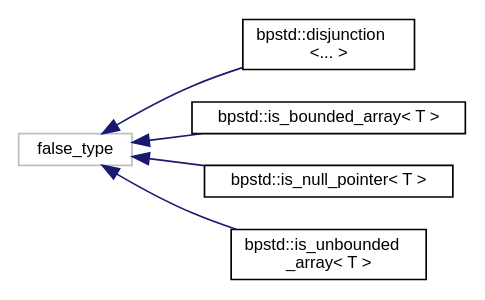
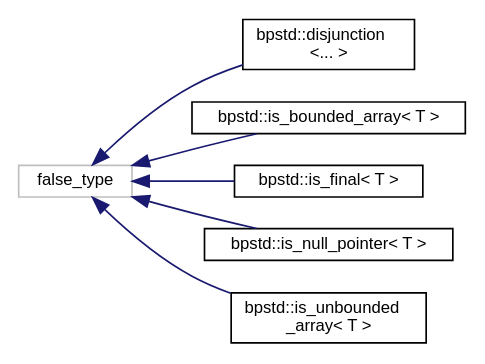
One commit to bitwizeshift/BackportCpp changed the diagram in api/latest/inherit_graph_18.dot. Above: the diagram before and after it, drawn with Graphviz. The commit also changed 78 other files, not shown here.

```diff
--- a/api/latest/inherit_graph_18.dot
+++ b/api/latest/inherit_graph_18.dot
@@ -1,15 +1,17 @@
 digraph "Graphical Class Hierarchy"
 {
   edge [fontname="Helvetica",fontsize="10",labelfontname="Helvetica",labelfontsize="10"];
   node [fontname="Helvetica",fontsize="10",shape=record];
   rankdir="LR";
   Node73 [label="false_type",height=0.2,width=0.4,color="grey75", fillcolor="white", style="filled"];
   Node73 -> Node0 [dir="back",color="midnightblue",fontsize="10",style="solid",fontname="Helvetica"];
   Node0 [label="bpstd::disjunction\l\<... \>",height=0.2,width=0.4,color="black", fillcolor="white", style="filled",URL="$d1/d38/structbpstd_1_1disjunction.html",tooltip="Type trait to determine the bool_constant from a logical OR operations of other bool_constant. "];
   Node73 -> Node75 [dir="back",color="midnightblue",fontsize="10",style="solid",fontname="Helvetica"];
   Node75 [label="bpstd::is_bounded_array\< T \>",height=0.2,width=0.4,color="black", fillcolor="white", style="filled",URL="$d4/d05/structbpstd_1_1is__bounded__array.html"];
   Node73 -> Node76 [dir="back",color="midnightblue",fontsize="10",style="solid",fontname="Helvetica"];
-  Node76 [label="bpstd::is_null_pointer\< T \>",height=0.2,width=0.4,color="black", fillcolor="white", style="filled",URL="$de/d22/structbpstd_1_1is__null__pointer.html"];
+  Node76 [label="bpstd::is_final\< T \>",height=0.2,width=0.4,color="black", fillcolor="white", style="filled",URL="$dc/df9/structbpstd_1_1is__final.html"];
   Node73 -> Node77 [dir="back",color="midnightblue",fontsize="10",style="solid",fontname="Helvetica"];
-  Node77 [label="bpstd::is_unbounded\l_array\< T \>",height=0.2,width=0.4,color="black", fillcolor="white", style="filled",URL="$db/dde/structbpstd_1_1is__unbounded__array.html"];
+  Node77 [label="bpstd::is_null_pointer\< T \>",height=0.2,width=0.4,color="black", fillcolor="white", style="filled",URL="$de/d22/structbpstd_1_1is__null__pointer.html"];
+  Node73 -> Node78 [dir="back",color="midnightblue",fontsize="10",style="solid",fontname="Helvetica"];
+  Node78 [label="bpstd::is_unbounded\l_array\< T \>",height=0.2,width=0.4,color="black", fillcolor="white", style="filled",URL="$db/dde/structbpstd_1_1is__unbounded__array.html"];
 }
```
